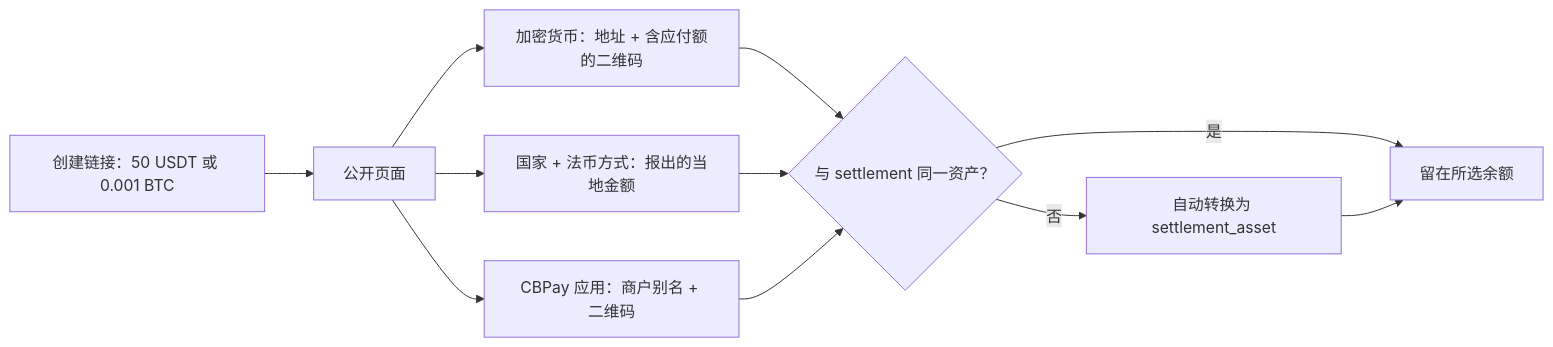
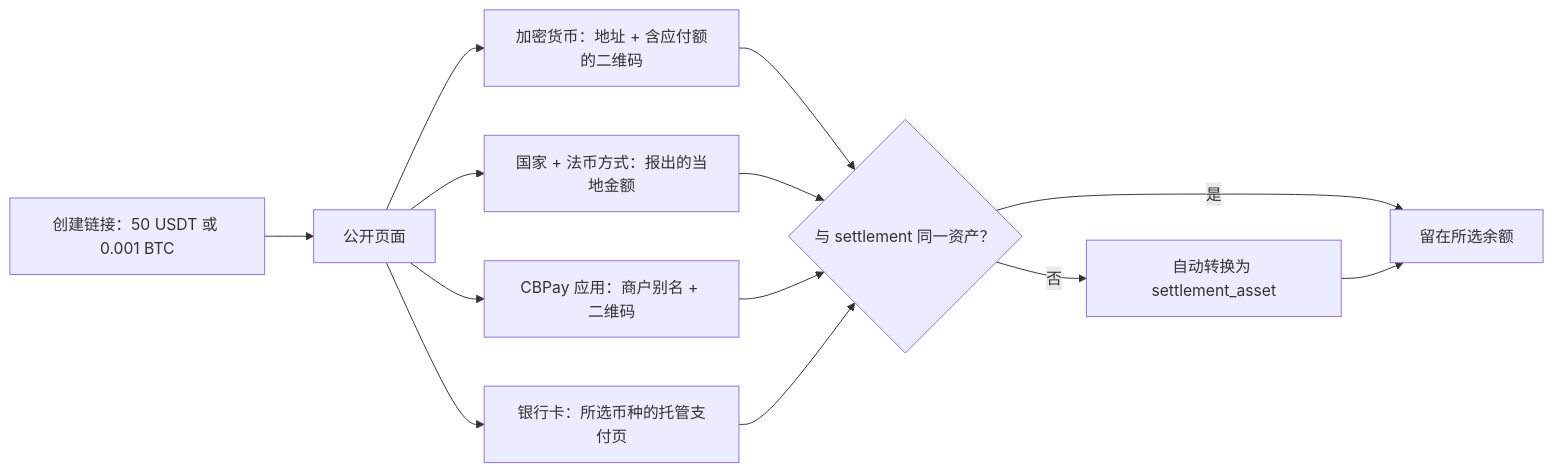
Before and after one commit to SaturoS17/docs: the second of 2 diagrams in zh/guides/payins.mdx, drawn with Mermaid. The commit also changed other lines of this file and 13 other files, not shown here.

````diff
--- a/zh/guides/payins.mdx
+++ b/zh/guides/payins.mdx
@@ -505,13 +508,15 @@
 ```mermaid
 flowchart LR
     M[创建链接：50 USDT 或 0.001 BTC] --> P[公开页面]
     P --> C1[加密货币：地址 + 含应付额的二维码]
     P --> C2[国家 + 法币方式：报出的当地金额]
     P --> C3[CBPay 应用：商户别名 + 二维码]
+    P --> C4[银行卡：所选币种的托管支付页]
     C1 --> S{与 settlement 同一资产？}
     C2 --> S
     C3 --> S
+    C4 --> S
     S -->|是| FIN[留在所选余额]
     S -->|否| SW[自动转换为 settlement_asset]
     SW --> FIN
 ```
````
